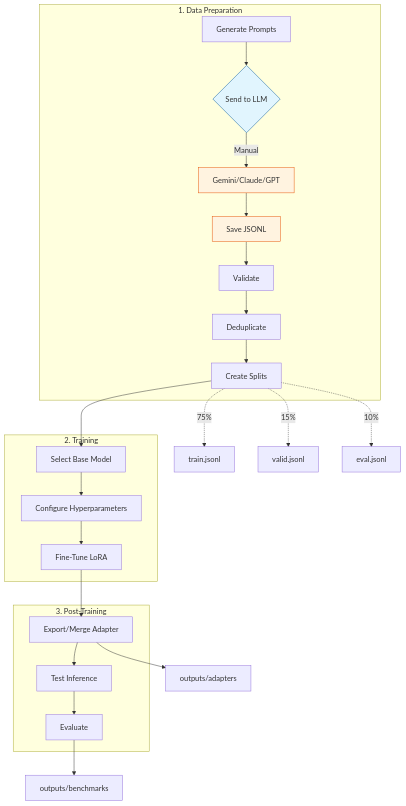
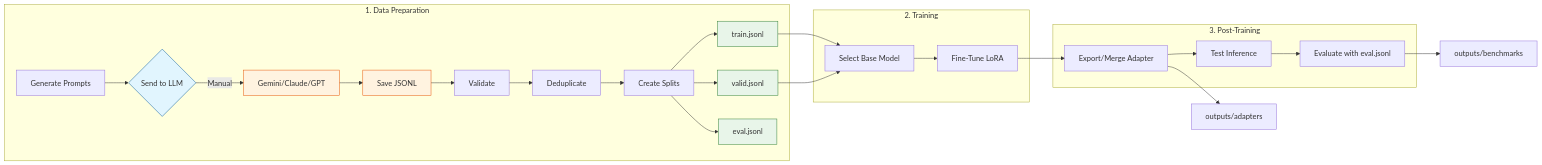
One commit to otavio-lemos/olia-2-oci changed the diagram in README.en-US.md. Above: the diagram before and after it, drawn with Mermaid. The commit also changed other lines of this file and 3 other files, not shown here.

````diff
--- a/README.en-US.md
+++ b/README.en-US.md
@@ -162,34 +183,36 @@
 ```mermaid
-flowchart TB
+flowchart LR
     subgraph DataPrep["1. Data Preparation"]
         DP1[Generate Prompts] --> DP2{Send to LLM}
         DP2 -->|Manual| DP3[Gemini/Claude/GPT]
         DP3 --> DP4[Save JSONL]
         DP4 --> DP5[Validate]
         DP5 --> DP6[Deduplicate]
         DP6 --> DP7[Create Splits]
+        DP7 --> Train[train.jsonl]
+        DP7 --> Valid[valid.jsonl]
+        DP7 --> Eval[eval.jsonl]
     end
     
     subgraph Training["2. Training"]
-        DP7 --> T1[Select Base Model]
-        T1 --> T2[Configure Hyperparameters]
-        T2 --> T3[Fine-Tune LoRA]
+        Train --> T1[Select Base Model]
+        Valid --> T1
+        T1 --> T2[Fine-Tune LoRA]
     end
     
     subgraph PostProcess["3. Post-Training"]
-        T3 --> P1[Export/Merge Adapter]
+        T2 --> P1[Export/Merge Adapter]
         P1 --> P2[Test Inference]
-        P2 --> P3[Evaluate]
+        P2 --> P3[Evaluate with eval.jsonl]
     end
-    
-    DP7 -.->|75%| Train[train.jsonl]
-    DP7 -.->|15%| Valid[valid.jsonl]
-    DP7 -.->|10%| Eval[eval.jsonl]
     
     P1 --> outputs/adapters
     P3 --> outputs/benchmarks
     
     style DP2 fill:#e1f5fe,stroke:#01579b
     style DP3 fill:#fff3e0,stroke:#e65100
     style DP4 fill:#fff3e0,stroke:#e65100
+    style Train fill:#e8f5e9,stroke:#2e7d32
+    style Valid fill:#e8f5e9,stroke:#2e7d32
+    style Eval fill:#e8f5e9,stroke:#2e7d32
 ```
````
